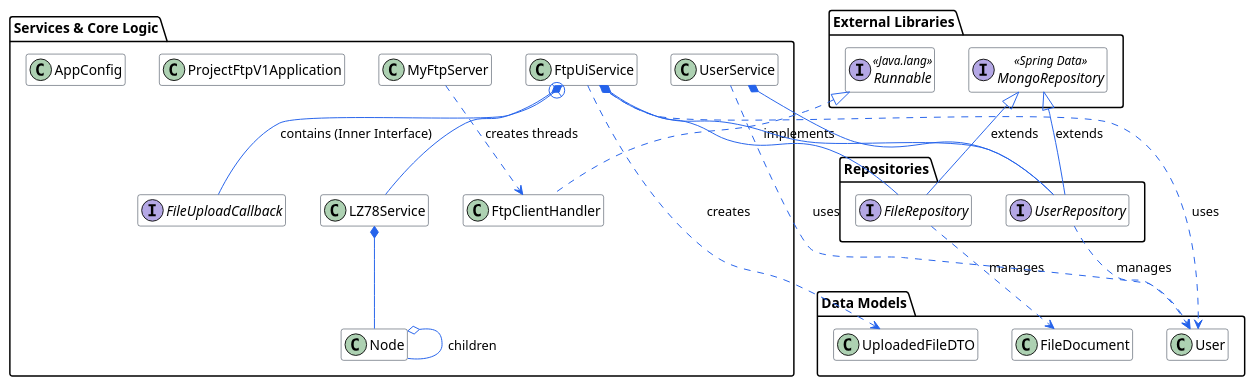
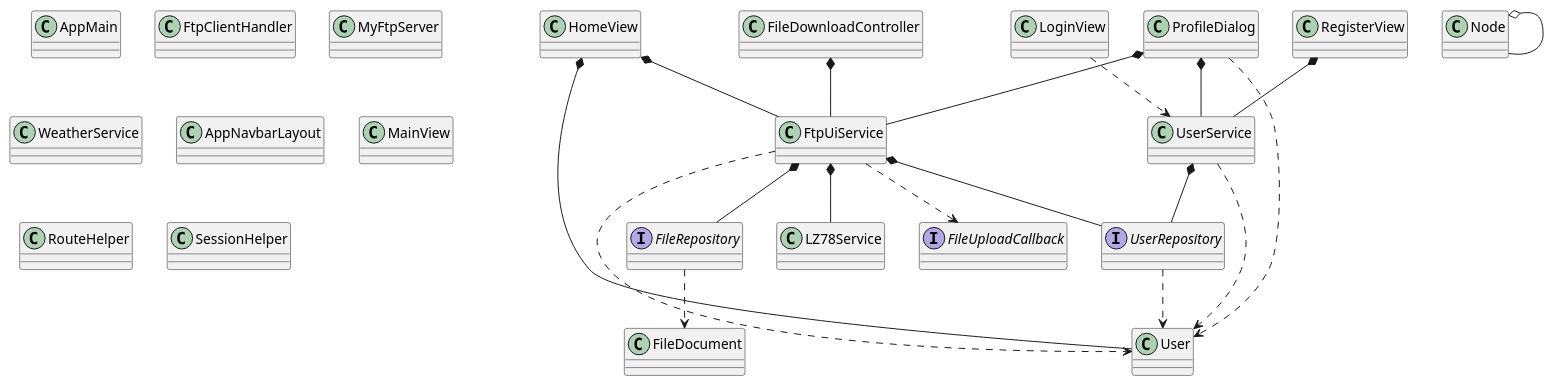
The diagram in BOOK/uml-diagrams/class-diagram.puml (PropsHunts/Final-Project), drawn with PlantUML before and after one commit. The commit also changed other lines of this file and 11 other files, not shown here.

```diff
--- a/BOOK/uml-diagrams/class-diagram.puml
+++ b/BOOK/uml-diagrams/class-diagram.puml
@@ -1,58 +6,87 @@
 @startuml class
-hide empty members
-skinparam class {
-    BackgroundColor White
-    BorderColor #1e293b
-    ArrowColor #2563eb
+class AppMain {
 }
 
-package "External Libraries" {
-    interface MongoRepository <<Spring Data>>
-    interface Runnable <<Java.lang>>
+class FileDownloadController {
+ }
+
+class FileDocument {
+  }
+
+class User {
+ }
+
+interface FileRepository {
+ }
+
+interface UserRepository {
+ }
+
+class FtpClientHandler {
 }
 
-package "Data Models" {
-    class User
-    class FileDocument
-    class UploadedFileDTO
+class FtpUiService {
 }
 
-package "Repositories" {
-    interface FileRepository
-    interface UserRepository
+interface FileUploadCallback {
 }
 
-package "Services & Core Logic" {
-    class FtpUiService
-    interface FileUploadCallback
-    class UserService
-    class LZ78Service
-    class Node
-    class MyFtpServer
-    class FtpClientHandler
-    class ProjectFtpV1Application
-    class AppConfig
+class LZ78Service {
 }
 
-' --- ירושות ומימושים ---
-FileRepository -up-|> MongoRepository : extends
-UserRepository -up-|> MongoRepository : extends
-FtpClientHandler .up.|> Runnable : implements
-FtpUiService +-- FileUploadCallback : contains (Inner Interface)
+class Node {
+}
 
-' --- הכלה (Composition) ---
+class MyFtpServer {
+}
+
+class UserService {
+ }
+
+class WeatherService {
+}
+
+class AppNavbarLayout {
+}
+
+class HomeView {
+}
+
+class LoginView {
+}
+
+class MainView {
+}
+
+class ProfileDialog {
+}
+
+class RegisterView {
+}
+
+class RouteHelper {
+}
+
+class SessionHelper {
+
+}
+
+FileDownloadController *-- FtpUiService
+FileRepository ..> FileDocument
+UserRepository ..> User
 FtpUiService *-- UserRepository
 FtpUiService *-- FileRepository
 FtpUiService *-- LZ78Service
+FtpUiService ..> User
+FtpUiService ..> FileUploadCallback
+Node o-- Node
 UserService *-- UserRepository
-LZ78Service *-- Node
-Node o-- Node : children
-
-' --- תלויות (Dependencies) ---
-FileRepository ..> FileDocument : manages
-UserRepository ..> User : manages
-FtpUiService ..> User : uses
-UserService ..> User : uses
-FtpUiService ..> UploadedFileDTO : creates
-MyFtpServer ..> FtpClientHandler : creates threads
+UserService ..> User
+HomeView *-- FtpUiService
+HomeView *-- User
+LoginView ..> UserService
+ProfileDialog *-- UserService
+ProfileDialog *-- FtpUiService
+ProfileDialog ..> User
+RegisterView *-- UserService
 @enduml
```
